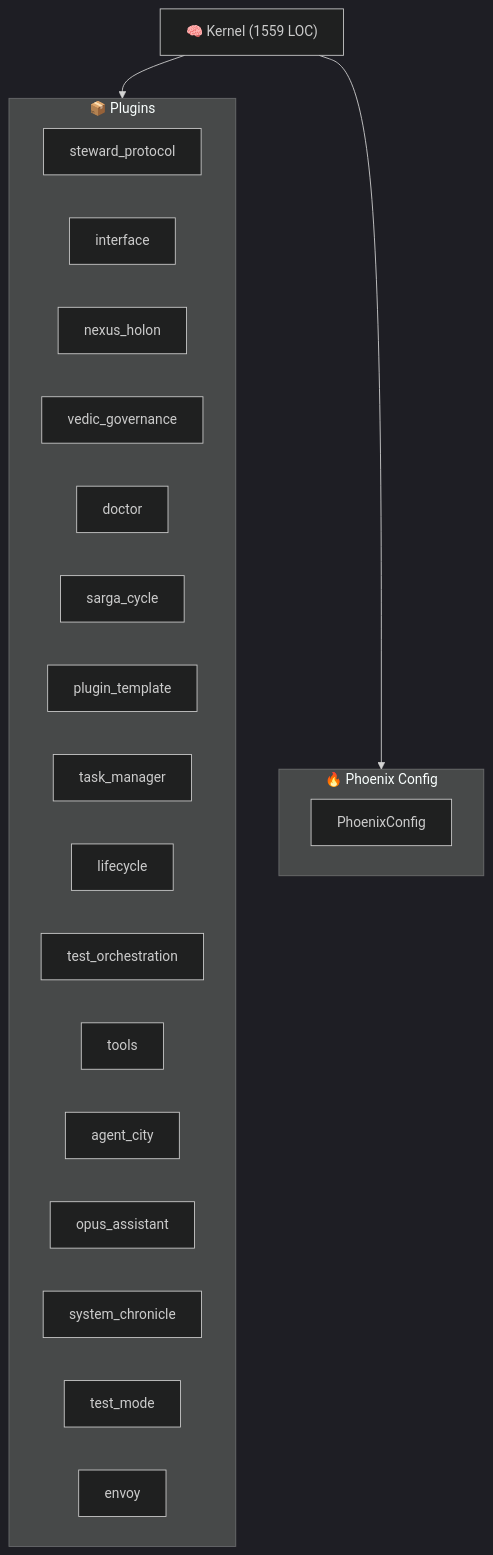
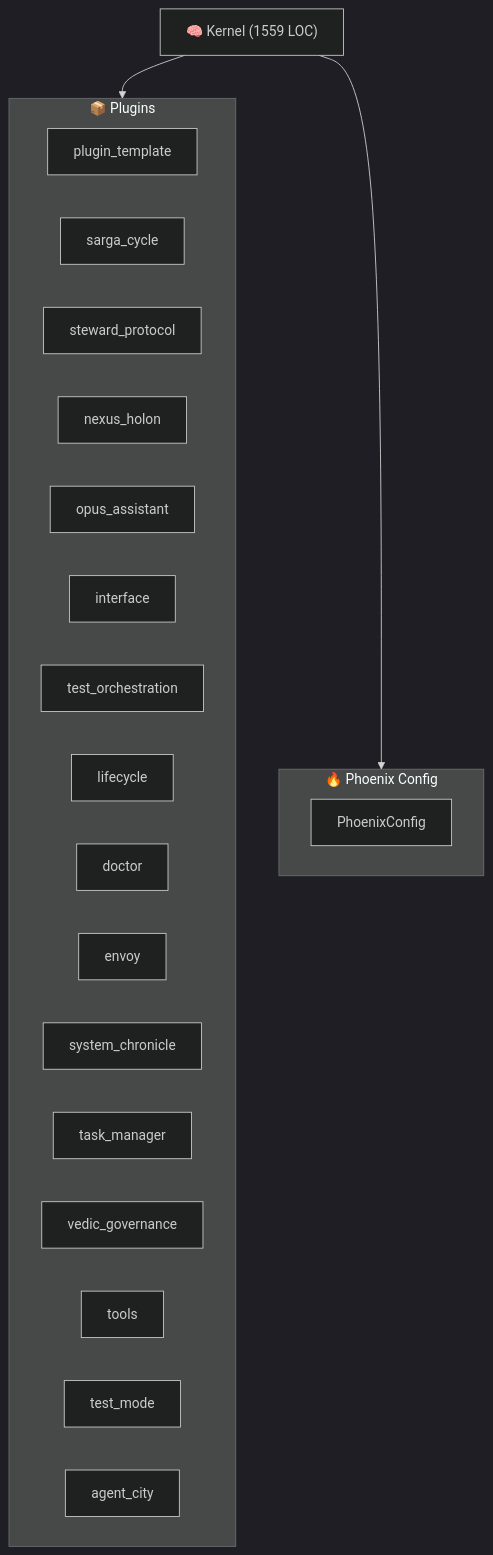
Before and after one commit to kimeisele/steward-protocol: the diagram in ARCHITECTURE.md, drawn with Mermaid (dark theme). The commit also changed other lines of this file and 13 other files, not shown here.

````diff
--- a/ARCHITECTURE.md
+++ b/ARCHITECTURE.md
@@ -8,27 +8,27 @@
 ```mermaid
 graph TB
     K["🧠 Kernel (1559 LOC)"]
     subgraph Plugins["📦 Plugins"]
+        P_plugin_template["plugin_template"]
+        P_sarga_cycle["sarga_cycle"]
         P_steward_protocol["steward_protocol"]
+        P_nexus_holon["nexus_holon"]
+        P_opus_assistant["opus_assistant"]
         P_interface["interface"]
-        P_nexus_holon["nexus_holon"]
+        P_test_orchestration["test_orchestration"]
+        P_lifecycle["lifecycle"]
+        P_doctor["doctor"]
+        P_envoy["envoy"]
+        P_system_chronicle["system_chronicle"]
+        P_task_manager["task_manager"]
         P_vedic_governance["vedic_governance"]
-        P_doctor["doctor"]
-        P_sarga_cycle["sarga_cycle"]
-        P_plugin_template["plugin_template"]
-        P_task_manager["task_manager"]
-        P_lifecycle["lifecycle"]
-        P_test_orchestration["test_orchestration"]
         P_tools["tools"]
+        P_test_mode["test_mode"]
         P_agent_city["agent_city"]
-        P_opus_assistant["opus_assistant"]
-        P_system_chronicle["system_chronicle"]
-        P_test_mode["test_mode"]
-        P_envoy["envoy"]
     end
     K --> Plugins
     subgraph Config["🔥 Phoenix Config"]
         PC[PhoenixConfig]
     end
     K --> Config
 ```
````
